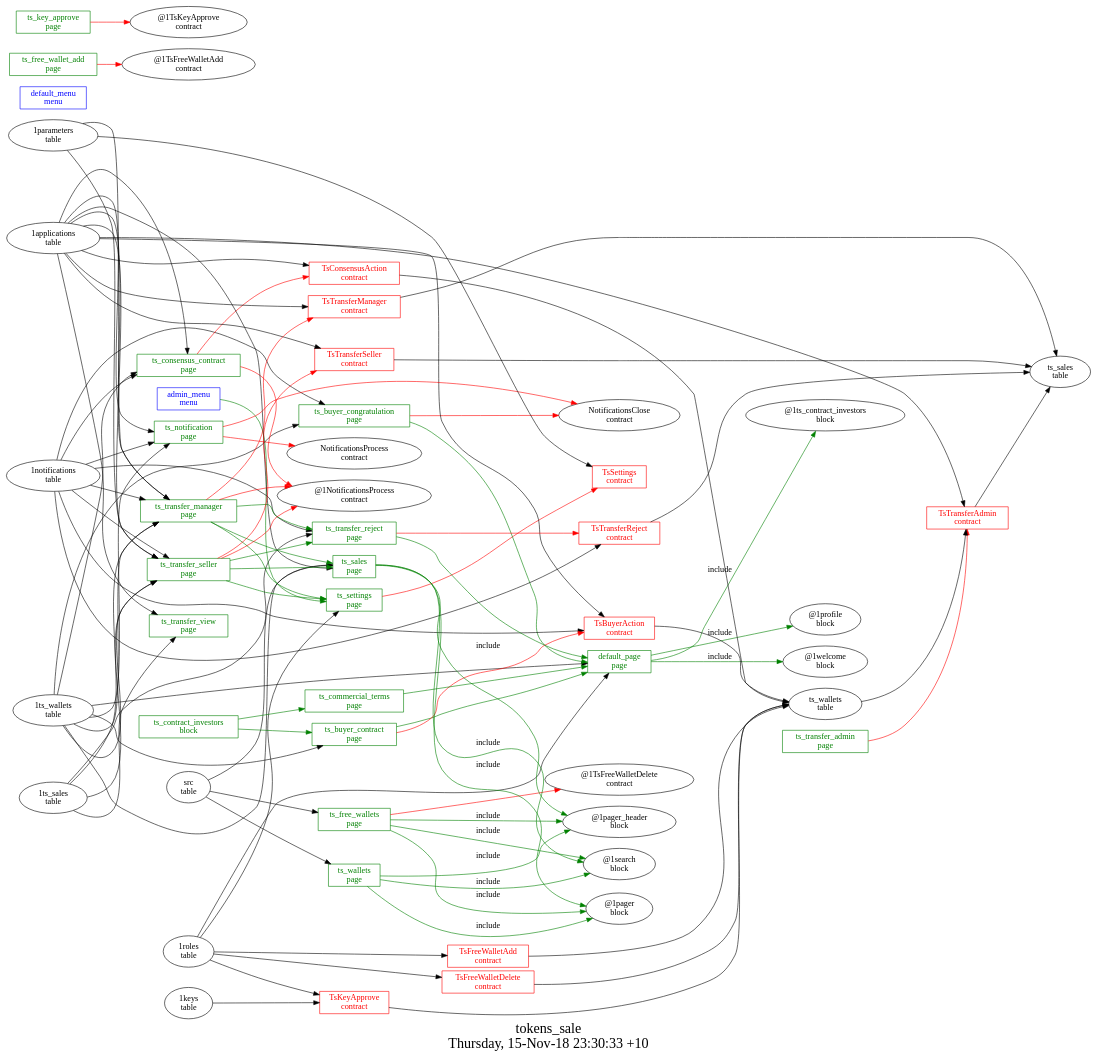
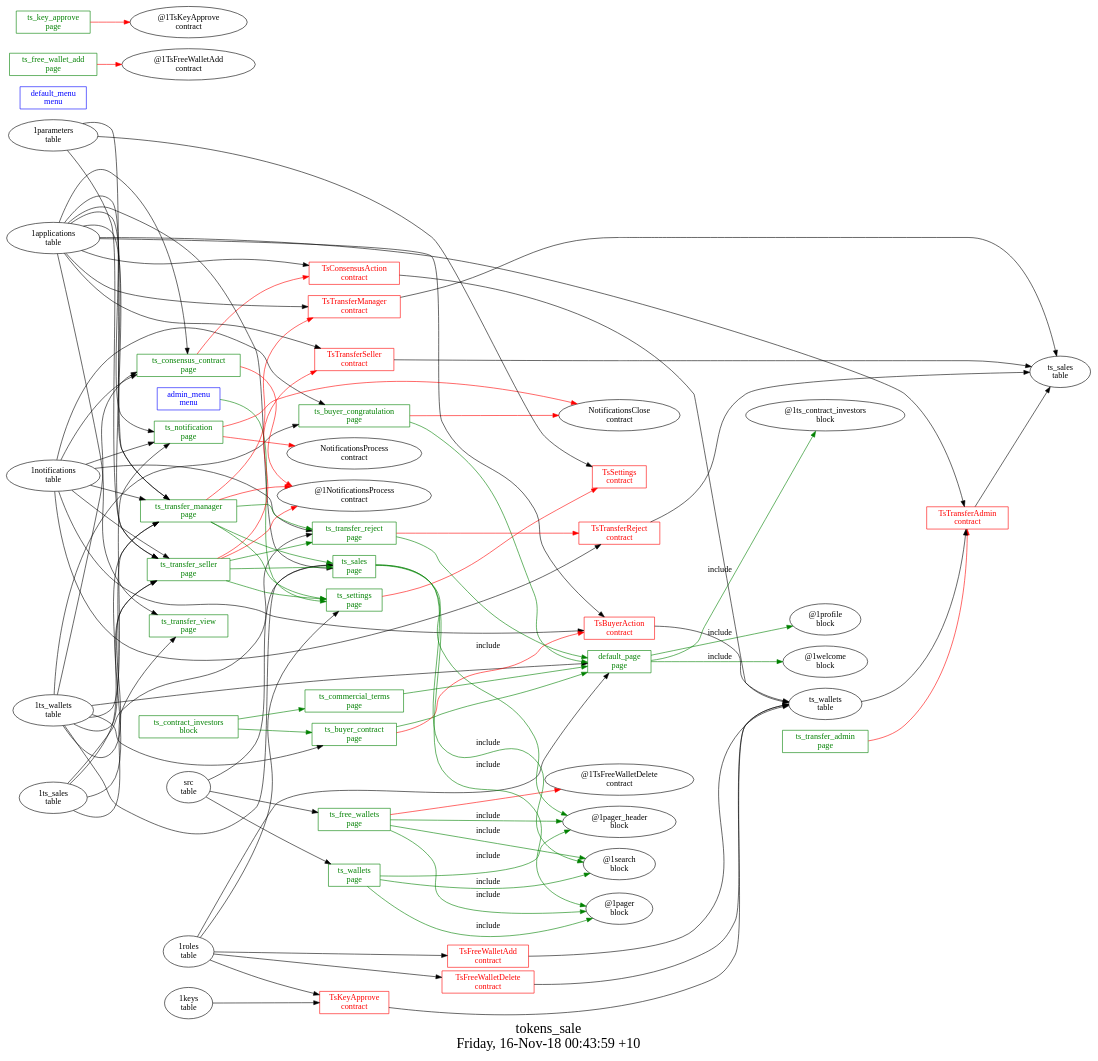
One commit to AplaProject/apps changed the diagram in other/tokens_sale/struct.dot. Above: the diagram before and after it, drawn with Graphviz. The commit also changed 5 other files, not shown here.

Commit message:
Removed amounts for tokens_sale

```diff
--- a/other/tokens_sale/struct.dot
+++ b/other/tokens_sale/struct.dot
@@ -1,134 +1,134 @@
 digraph G {
 fontsize="24";
-label="tokens_sale\nThursday, 15-Nov-18 23:30:33 +10";
+label="tokens_sale\nFriday, 16-Nov-18 00:43:59 +10";
 nojustify=true;
 ordering=out;
 rankdir=LR;
 size="30";
 "admin_menu\nmenu" -> "ts_settings\npage"  [ color=green ]
 "admin_menu\nmenu" [color=blue, fontcolor=blue, group=menus, shape=record];
 "default_menu\nmenu" [color=blue, fontcolor=blue, group=menus, shape=record];
 "1ts_wallets\ntable" -> "default_page\npage"
 "1roles\ntable" -> "default_page\npage"
 "default_page\npage" -> "@1ts_contract_investors\nblock"  [ color=green, label=include ]
 "default_page\npage" -> "@1profile\nblock"  [ color=green, label=include ]
 "default_page\npage" -> "@1welcome\nblock"  [ color=green, label=include ]
 "default_page\npage" [color=green, fontcolor=green, group=pages, shape=record];
 "ts_buyer_congratulation\npage" -> "NotificationsClose\ncontract"  [ color=red ]
 "1ts_wallets\ntable" -> "ts_buyer_congratulation\npage"
 "1notifications\ntable" -> "ts_buyer_congratulation\npage"
 "ts_buyer_congratulation\npage" -> "default_page\npage"  [ color=green ]
 "ts_buyer_congratulation\npage" [color=green, fontcolor=green, group=pages, shape=record];
 "ts_buyer_contract\npage" -> "TsBuyerAction\ncontract"  [ color=red ]
 "1ts_wallets\ntable" -> "ts_buyer_contract\npage"
 "ts_buyer_contract\npage" -> "default_page\npage"  [ color=green ]
 "ts_buyer_contract\npage" [color=green, fontcolor=green, group=pages, shape=record];
 "ts_commercial_terms\npage" -> "default_page\npage"  [ color=green ]
 "ts_commercial_terms\npage" [color=green, fontcolor=green, group=pages, shape=record];
 "ts_consensus_contract\npage" -> "TsConsensusAction\ncontract"  [ color=red ]
 "ts_consensus_contract\npage" -> "@1NotificationsProcess\ncontract"  [ color=red ]
 "1applications\ntable" -> "ts_consensus_contract\npage"
 "1notifications\ntable" -> "ts_consensus_contract\npage"
 "1ts_wallets\ntable" -> "ts_consensus_contract\npage"
 "ts_consensus_contract\npage" [color=green, fontcolor=green, group=pages, shape=record];
 "ts_free_wallet_add\npage" -> "@1TsFreeWalletAdd\ncontract"  [ color=red ]
 "ts_free_wallet_add\npage" [color=green, fontcolor=green, group=pages, shape=record];
 "ts_free_wallets\npage" -> "@1TsFreeWalletDelete\ncontract"  [ color=red ]
 "src\ntable" -> "ts_free_wallets\npage"
 "ts_free_wallets\npage" -> "@1pager_header\nblock"  [ color=green, label=include ]
 "ts_free_wallets\npage" -> "@1search\nblock"  [ color=green, label=include ]
 "ts_free_wallets\npage" -> "@1pager\nblock"  [ color=green, label=include ]
 "ts_free_wallets\npage" [color=green, fontcolor=green, group=pages, shape=record];
 "ts_key_approve\npage" -> "@1TsKeyApprove\ncontract"  [ color=red ]
 "ts_key_approve\npage" [color=green, fontcolor=green, group=pages, shape=record];
 "ts_notification\npage" -> "NotificationsClose\ncontract"  [ color=red ]
 "ts_notification\npage" -> "NotificationsProcess\ncontract"  [ color=red ]
 "1applications\ntable" -> "ts_notification\npage"
 "1notifications\ntable" -> "ts_notification\npage"
 "1ts_wallets\ntable" -> "ts_notification\npage"
 "ts_notification\npage" [color=green, fontcolor=green, group=pages, shape=record];
 "1applications\ntable" -> "ts_sales\npage"
 "src\ntable" -> "ts_sales\npage"
 "1ts_wallets\ntable" -> "ts_sales\npage"
 "ts_sales\npage" -> "@1pager_header\nblock"  [ color=green, label=include ]
 "ts_sales\npage" -> "@1search\nblock"  [ color=green, label=include ]
 "ts_sales\npage" -> "@1pager\nblock"  [ color=green, label=include ]
 "ts_sales\npage" [color=green, fontcolor=green, group=pages, shape=record];
 "ts_settings\npage" -> "TsSettings\ncontract"  [ color=red ]
 "1roles\ntable" -> "ts_settings\npage"
 "ts_settings\npage" [color=green, fontcolor=green, group=pages, shape=record];
 "ts_transfer_admin\npage" -> "TsTransferAdmin\ncontract"  [ color=red ]
 "ts_transfer_admin\npage" [color=green, fontcolor=green, group=pages, shape=record];
 "ts_transfer_manager\npage" -> "TsTransferManager\ncontract"  [ color=red ]
 "ts_transfer_manager\npage" -> "@1NotificationsProcess\ncontract"  [ color=red ]
 "1applications\ntable" -> "ts_transfer_manager\npage"
 "1notifications\ntable" -> "ts_transfer_manager\npage"
 "1ts_sales\ntable" -> "ts_transfer_manager\npage"
 "1ts_wallets\ntable" -> "ts_transfer_manager\npage"
 "1parameters\ntable" -> "ts_transfer_manager\npage"
 "ts_transfer_manager\npage" -> "ts_transfer_reject\npage"  [ color=green ]
 "ts_transfer_manager\npage" -> "ts_sales\npage"  [ color=green ]
 "ts_transfer_manager\npage" -> "ts_settings\npage"  [ color=green ]
 "ts_transfer_manager\npage" [color=green, fontcolor=green, group=pages, shape=record];
 "ts_transfer_reject\npage" -> "TsTransferReject\ncontract"  [ color=red ]
 "1notifications\ntable" -> "ts_transfer_reject\npage"
 "1ts_sales\ntable" -> "ts_transfer_reject\npage"
 "ts_transfer_reject\npage" -> "default_page\npage"  [ color=green ]
 "ts_transfer_reject\npage" [color=green, fontcolor=green, group=pages, shape=record];
 "ts_transfer_seller\npage" -> "TsTransferSeller\ncontract"  [ color=red ]
 "ts_transfer_seller\npage" -> "@1NotificationsProcess\ncontract"  [ color=red ]
 "1applications\ntable" -> "ts_transfer_seller\npage"
 "1notifications\ntable" -> "ts_transfer_seller\npage"
 "1ts_sales\ntable" -> "ts_transfer_seller\npage"
 "1ts_wallets\ntable" -> "ts_transfer_seller\npage"
 "1parameters\ntable" -> "ts_transfer_seller\npage"
 "ts_transfer_seller\npage" -> "ts_transfer_reject\npage"  [ color=green ]
 "ts_transfer_seller\npage" -> "ts_sales\npage"  [ color=green ]
 "ts_transfer_seller\npage" -> "ts_settings\npage"  [ color=green ]
 "ts_transfer_seller\npage" [color=green, fontcolor=green, group=pages, shape=record];
 "1applications\ntable" -> "ts_transfer_view\npage"
 "1ts_sales\ntable" -> "ts_transfer_view\npage"
 "ts_transfer_view\npage" [color=green, fontcolor=green, group=pages, shape=record];
 "src\ntable" -> "ts_wallets\npage"
 "ts_wallets\npage" -> "@1pager_header\nblock"  [ color=green, label=include ]
 "ts_wallets\npage" -> "@1search\nblock"  [ color=green, label=include ]
 "ts_wallets\npage" -> "@1pager\nblock"  [ color=green, label=include ]
 "ts_wallets\npage" [color=green, fontcolor=green, group=pages, shape=record];
 "ts_contract_investors\nblock" -> "ts_commercial_terms\npage"  [ color=green ]
 "ts_contract_investors\nblock" -> "ts_buyer_contract\npage"  [ color=green ]
 "ts_contract_investors\nblock" [color=green, fontcolor=green, group=blocks, shape=record];
 "TsBuyerAction\ncontract" -> "ts_wallets\ntable"  [ color="" ]
 "1applications\ntable" -> "TsBuyerAction\ncontract"
 "1notifications\ntable" -> "TsBuyerAction\ncontract"
 "TsBuyerAction\ncontract" [color=red, fontcolor=red, group=contracts, shape=record];
 "TsConsensusAction\ncontract" -> "ts_wallets\ntable"  [ color="" ]
 "1applications\ntable" -> "TsConsensusAction\ncontract"
 "TsConsensusAction\ncontract" [color=red, fontcolor=red, group=contracts, shape=record];
 "TsFreeWalletAdd\ncontract" -> "ts_wallets\ntable"  [ color="" ]
 "1roles\ntable" -> "TsFreeWalletAdd\ncontract"
 "TsFreeWalletAdd\ncontract" [color=red, fontcolor=red, group=contracts, shape=record];
 "TsFreeWalletDelete\ncontract" -> "ts_wallets\ntable"  [ color="" ]
 "1roles\ntable" -> "TsFreeWalletDelete\ncontract"
 "TsFreeWalletDelete\ncontract" [color=red, fontcolor=red, group=contracts, shape=record];
 "TsKeyApprove\ncontract" -> "ts_wallets\ntable"  [ color="" ]
 "1keys\ntable" -> "TsKeyApprove\ncontract"
 "1roles\ntable" -> "TsKeyApprove\ncontract"
 "TsKeyApprove\ncontract" [color=red, fontcolor=red, group=contracts, shape=record];
 "1parameters\ntable" -> "TsSettings\ncontract"
 "TsSettings\ncontract" [color=red, fontcolor=red, group=contracts, shape=record];
 "TsTransferAdmin\ncontract" -> "ts_sales\ntable"  [ color="" ]
 "1applications\ntable" -> "TsTransferAdmin\ncontract"
 "ts_wallets\ntable" -> "TsTransferAdmin\ncontract"
 "TsTransferAdmin\ncontract" [color=red, fontcolor=red, group=contracts, shape=record];
 "TsTransferManager\ncontract" -> "ts_sales\ntable"  [ color="" ]
 "1applications\ntable" -> "TsTransferManager\ncontract"
 "TsTransferManager\ncontract" [color=red, fontcolor=red, group=contracts, shape=record];
 "TsTransferReject\ncontract" -> "ts_sales\ntable"  [ color="" ]
 "1notifications\ntable" -> "TsTransferReject\ncontract"
 "TsTransferReject\ncontract" [color=red, fontcolor=red, group=contracts, shape=record];
 "TsTransferSeller\ncontract" -> "ts_sales\ntable"  [ color="" ]
 "1applications\ntable" -> "TsTransferSeller\ncontract"
 "TsTransferSeller\ncontract" [color=red, fontcolor=red, group=contracts, shape=record];
 "ts_sales\ntable" [color="", fontcolor="", group=tables, shape=""];
 "ts_wallets\ntable" [color="", fontcolor="", group=tables, shape=""];
 }
```
